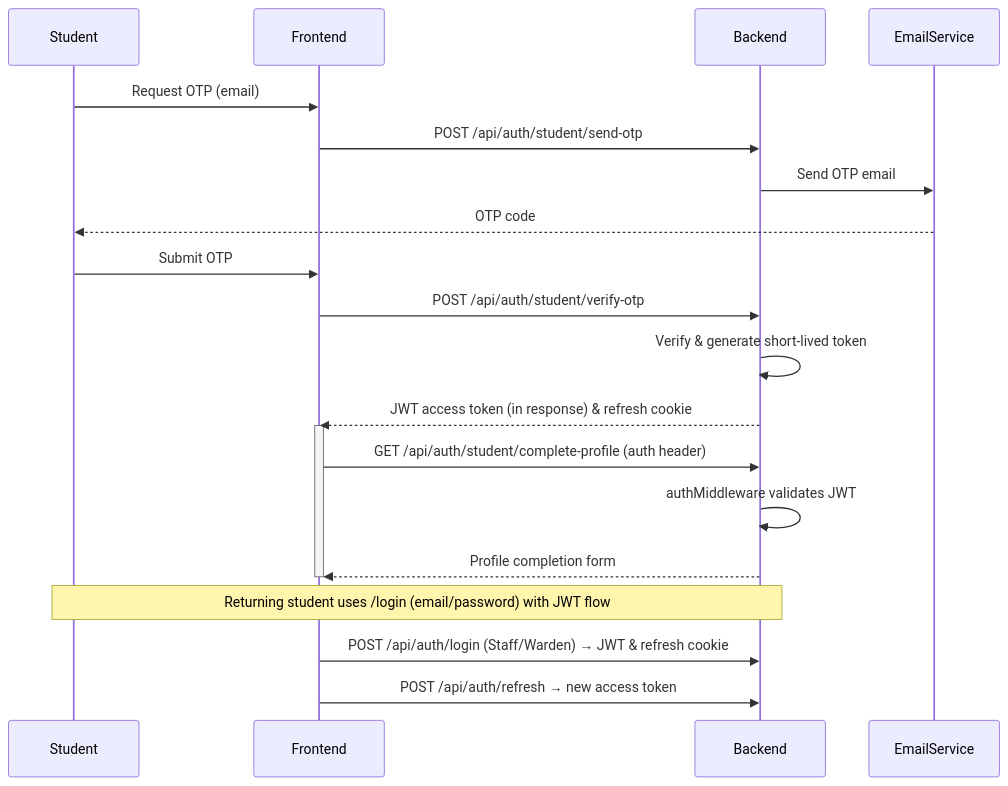
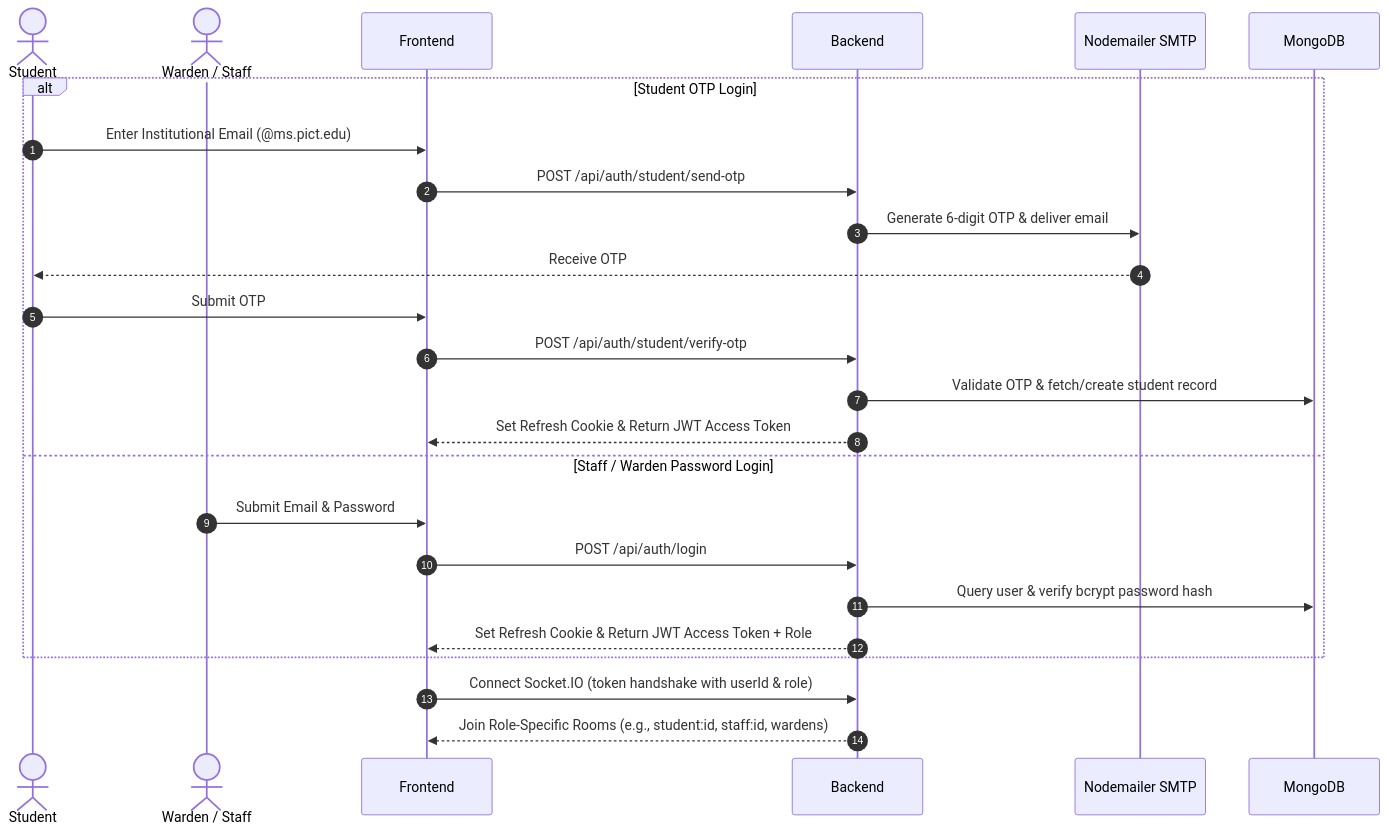
Before and after one commit to Antariksh62/Hostel-Management-System: the second of 3 diagrams in README.md, drawn with Mermaid. The commit also changed other lines of this file, not shown here.

````diff
--- a/README.md
+++ b/README.md
@@ -112,23 +120,29 @@
 ```mermaid
 sequenceDiagram
-    participant Student
+    autonumber
+    actor Student
+    actor WardenStaff as Warden / Staff
     participant Frontend
     participant Backend
-    participant EmailService
-    Student->>Frontend: Request OTP (email)
-    Frontend->>Backend: POST /api/auth/student/send-otp
-    Backend->>EmailService: Send OTP email
-    EmailService-->>Student: OTP code
-    Student->>Frontend: Submit OTP
-    Frontend->>Backend: POST /api/auth/student/verify-otp
-    Backend->>Backend: Verify & generate short‑lived token
-    Backend-->>Frontend: JWT access token (in response) & refresh cookie
-    activate Frontend
-    Frontend->>Backend: GET /api/auth/student/complete-profile (auth header)
-    Backend->>Backend: authMiddleware validates JWT
-    Backend-->>Frontend: Profile completion form
-    deactivate Frontend
-    Note over Student,Backend: Returning student uses /login (email/password) with JWT flow
-    Frontend->>Backend: POST /api/auth/login (Staff/Warden) → JWT & refresh cookie
-    Frontend->>Backend: POST /api/auth/refresh → new access token
+    participant Gmail as Nodemailer SMTP
+    participant DB as MongoDB
+
+    alt Student OTP Login
+        Student->>Frontend: Enter Institutional Email (@ms.pict.edu)
+        Frontend->>Backend: POST /api/auth/student/send-otp
+        Backend->>Gmail: Generate 6-digit OTP & deliver email
+        Gmail-->>Student: Receive OTP
+        Student->>Frontend: Submit OTP
+        Frontend->>Backend: POST /api/auth/student/verify-otp
+        Backend->>DB: Validate OTP & fetch/create student record
+        Backend-->>Frontend: Set Refresh Cookie & Return JWT Access Token
+    else Staff / Warden Password Login
+        WardenStaff->>Frontend: Submit Email & Password
+        Frontend->>Backend: POST /api/auth/login
+        Backend->>DB: Query user & verify bcrypt password hash
+        Backend-->>Frontend: Set Refresh Cookie & Return JWT Access Token + Role
+    end
+
+    Frontend->>Backend: Connect Socket.IO (token handshake with userId & role)
+    Backend-->>Frontend: Join Role-Specific Rooms (e.g., student:id, staff:id, wardens)
 ```
````
